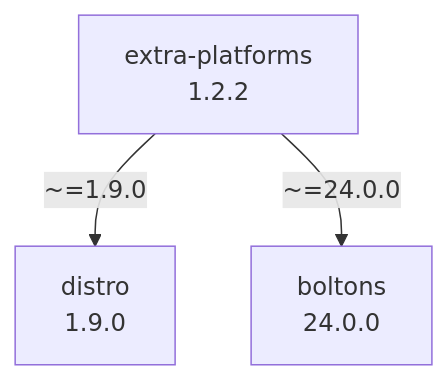
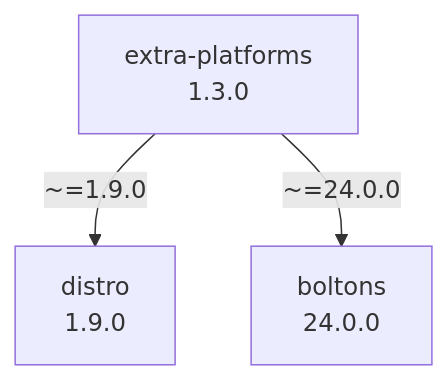
The diagram in docs/assets/dependencies.mmd (kdeldycke/extra-platforms), drawn with Mermaid before and after one commit.

Commit message:
[autofix] Regenerate dependency graph

```diff
--- a/docs/assets/dependencies.mmd
+++ b/docs/assets/dependencies.mmd
@@ -1,7 +1,7 @@
 flowchart TD
     classDef missing stroke-dasharray: 5
     boltons["boltons\n24.0.0"]
     distro["distro\n1.9.0"]
-    extra-platforms["extra-platforms\n1.2.2"]
+    extra-platforms["extra-platforms\n1.3.0"]
     extra-platforms -- "~=1.9.0" --> distro
     extra-platforms -- "~=24.0.0" --> boltons
```
